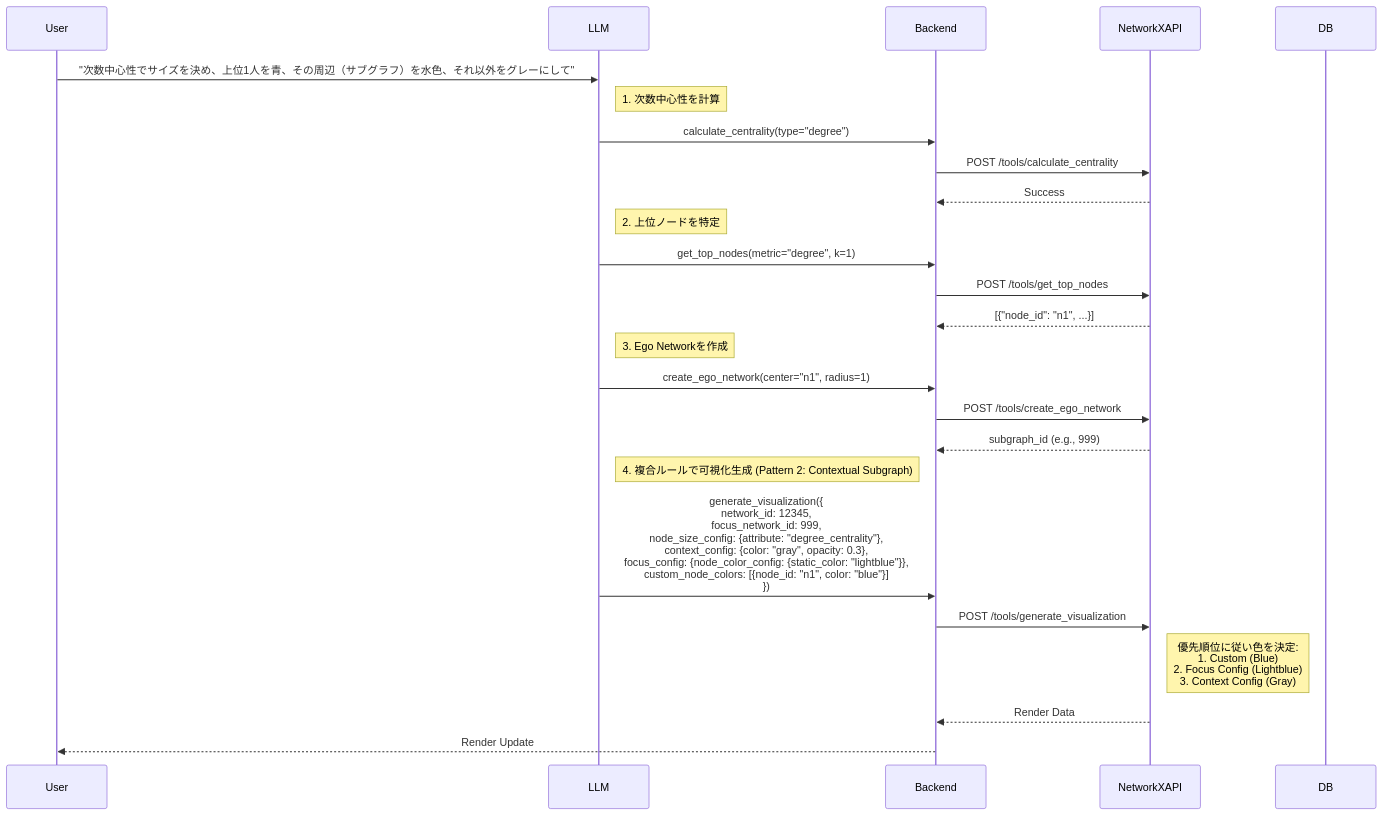
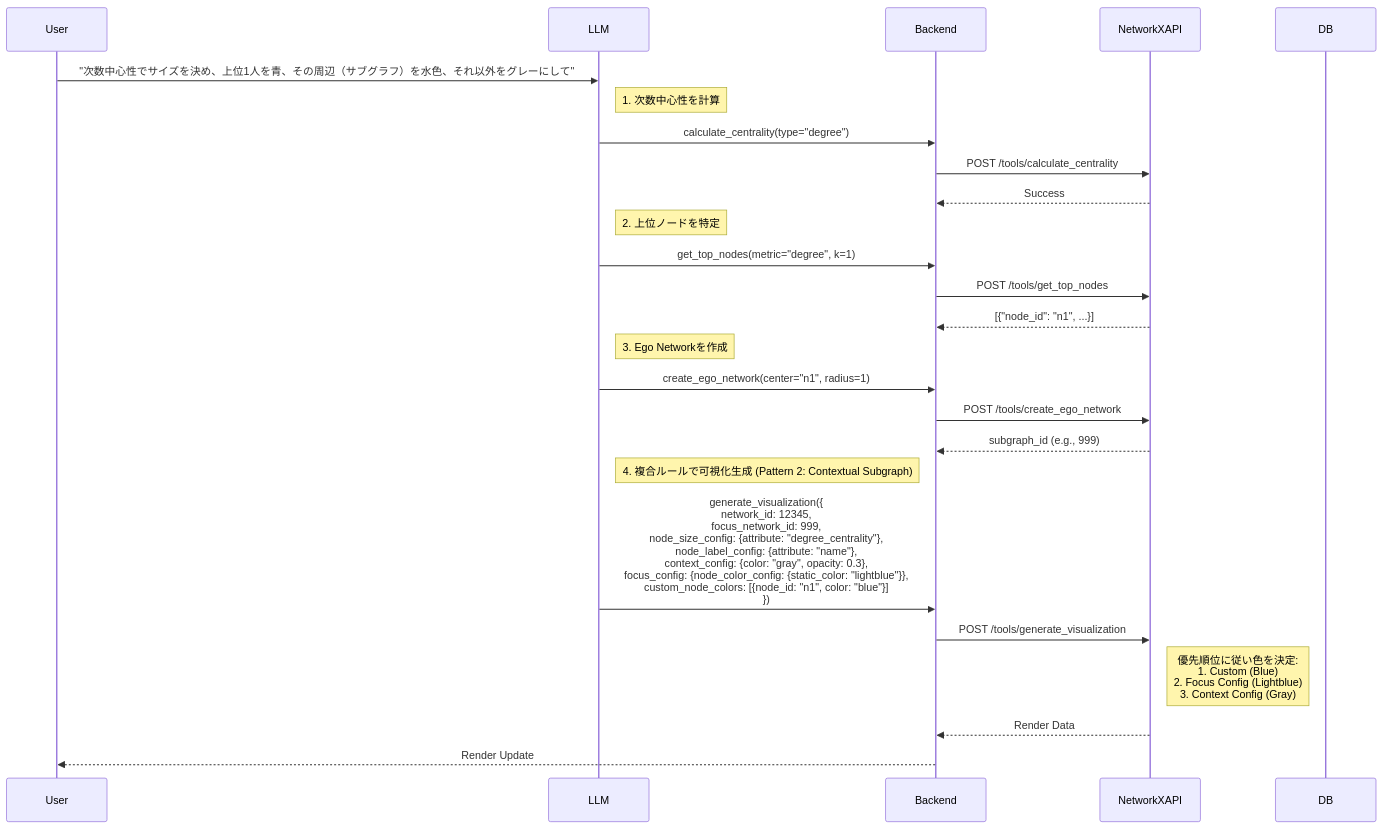
One commit to vdslab/LLMGraphvis changed the seventh of 8 diagrams in specification/2_Technical_Details/6_Core_Workflows.md. Above: the diagram before and after it, drawn with Mermaid. The commit also changed other lines of this file and 7 other files, not shown here.

Commit message:
feat: enable configurable node labels in graph visualization via UI toggle and LLM tool.

````diff
--- a/specification/2_Technical_Details/6_Core_Workflows.md
+++ b/specification/2_Technical_Details/6_Core_Workflows.md
@@ -294,33 +294,33 @@
 ```mermaid
 sequenceDiagram
     participant User
     participant LLM
     participant Backend
     participant NetworkXAPI
     participant DB
 
     User->>LLM: "次数中心性でサイズを決め、上位1人を青、その周辺（サブグラフ）を水色、それ以外をグレーにして"
     
     note right of LLM: 1. 次数中心性を計算
     LLM->>Backend: calculate_centrality(type="degree")
     Backend->>NetworkXAPI: POST /tools/calculate_centrality
     NetworkXAPI-->>Backend: Success
     
     note right of LLM: 2. 上位ノードを特定
     LLM->>Backend: get_top_nodes(metric="degree", k=1)
     Backend->>NetworkXAPI: POST /tools/get_top_nodes
     NetworkXAPI-->>Backend: [{"node_id": "n1", ...}]
     
     note right of LLM: 3. Ego Networkを作成
     LLM->>Backend: create_ego_network(center="n1", radius=1)
     Backend->>NetworkXAPI: POST /tools/create_ego_network
     NetworkXAPI-->>Backend: subgraph_id (e.g., 999)
 
     note right of LLM: 4. 複合ルールで可視化生成 (Pattern 2: Contextual Subgraph)
-    LLM->>Backend: generate_visualization({<br/>  network_id: 12345,<br/>  focus_network_id: 999,<br/>  node_size_config: {attribute: "degree_centrality"},<br/>  context_config: {color: "gray", opacity: 0.3},<br/>  focus_config: {node_color_config: {static_color: "lightblue"}},<br/>  custom_node_colors: [{node_id: "n1", color: "blue"}]<br/>})
+    LLM->>Backend: generate_visualization({<br/>  network_id: 12345,<br/>  focus_network_id: 999,<br/>  node_size_config: {attribute: "degree_centrality"},<br/>  node_label_config: {attribute: "name"},<br/>  context_config: {color: "gray", opacity: 0.3},<br/>  focus_config: {node_color_config: {static_color: "lightblue"}},<br/>  custom_node_colors: [{node_id: "n1", color: "blue"}]<br/>})
     Backend->>NetworkXAPI: POST /tools/generate_visualization
     
     note right of NetworkXAPI: 優先順位に従い色を決定:<br/>1. Custom (Blue)<br/>2. Focus Config (Lightblue)<br/>3. Context Config (Gray)
     NetworkXAPI-->>Backend: Render Data
     Backend-->>User: Render Update
 ```
````
